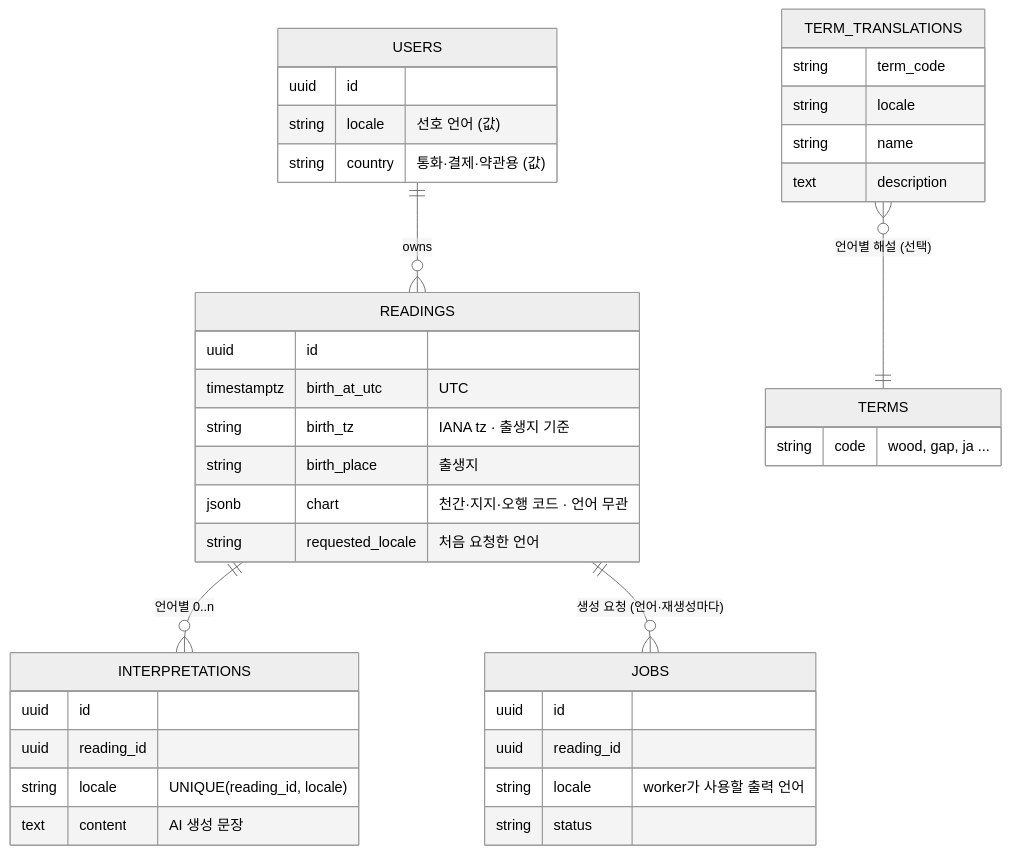
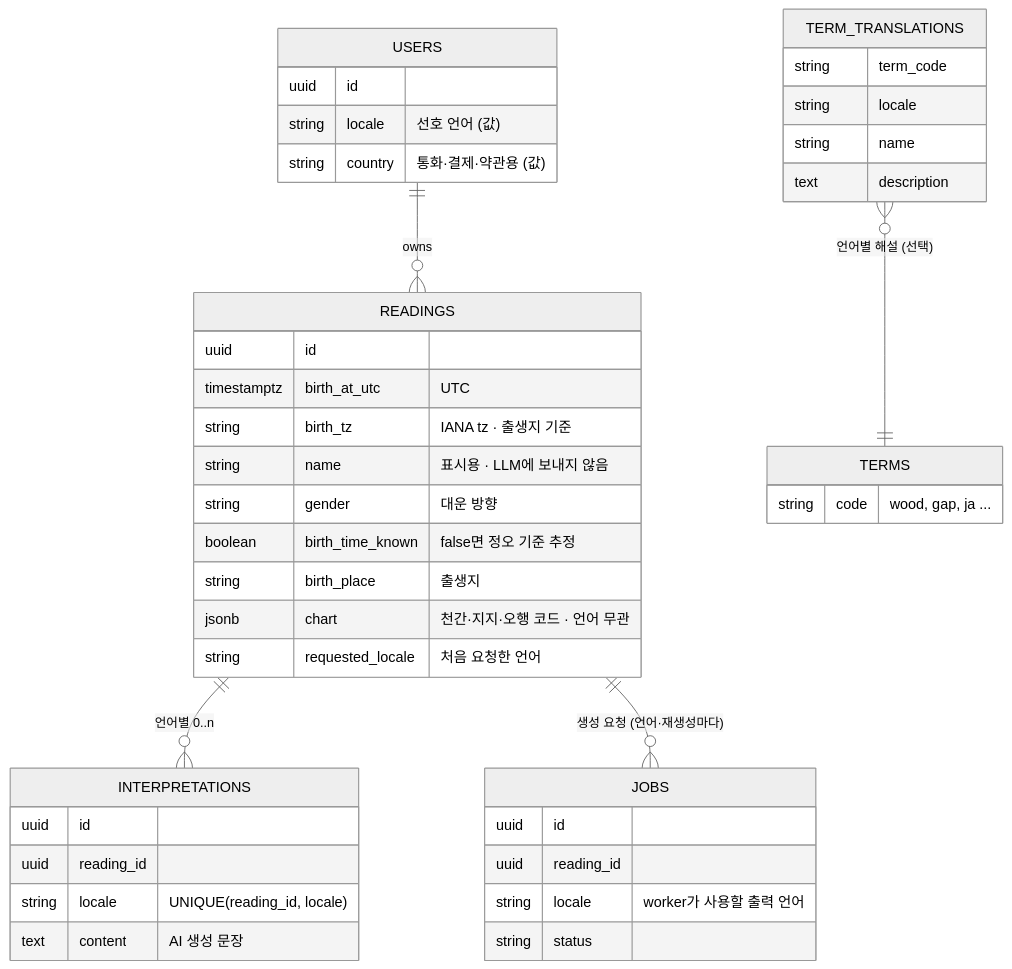
One commit to Dae-Jeong/k-saju changed the second of 3 diagrams in docs/i18n.md. Above: the diagram before and after it, drawn with Mermaid (neutral theme). The commit also changed 6 other files, not shown here.

````diff
--- a/docs/i18n.md
+++ b/docs/i18n.md
@@ -55,42 +55,45 @@
 ```mermaid
 erDiagram
     USERS ||--o{ READINGS : owns
     READINGS ||--o{ INTERPRETATIONS : "언어별 0..n"
     READINGS ||--o{ JOBS : "생성 요청 (언어·재생성마다)"
     TERM_TRANSLATIONS }o--|| TERMS : "언어별 해설 (선택)"
 
     USERS {
         uuid id
         string locale "선호 언어 (값)"
         string country "통화·결제·약관용 (값)"
     }
     READINGS {
         uuid id
         timestamptz birth_at_utc "UTC"
         string birth_tz "IANA tz · 출생지 기준"
+        string name "표시용 · LLM에 보내지 않음"
+        string gender "대운 방향"
+        boolean birth_time_known "false면 정오 기준 추정"
         string birth_place "출생지"
         jsonb chart "천간·지지·오행 코드 · 언어 무관"
         string requested_locale "처음 요청한 언어"
     }
     JOBS {
         uuid id
         uuid reading_id
         string locale "worker가 사용할 출력 언어"
         string status
     }
     INTERPRETATIONS {
         uuid id
         uuid reading_id
         string locale "UNIQUE(reading_id, locale)"
         text content "AI 생성 문장"
     }
     TERMS {
         string code "wood, gap, ja ..."
     }
     TERM_TRANSLATIONS {
         string term_code
         string locale
         string name
         text description
     }
 ```
````
